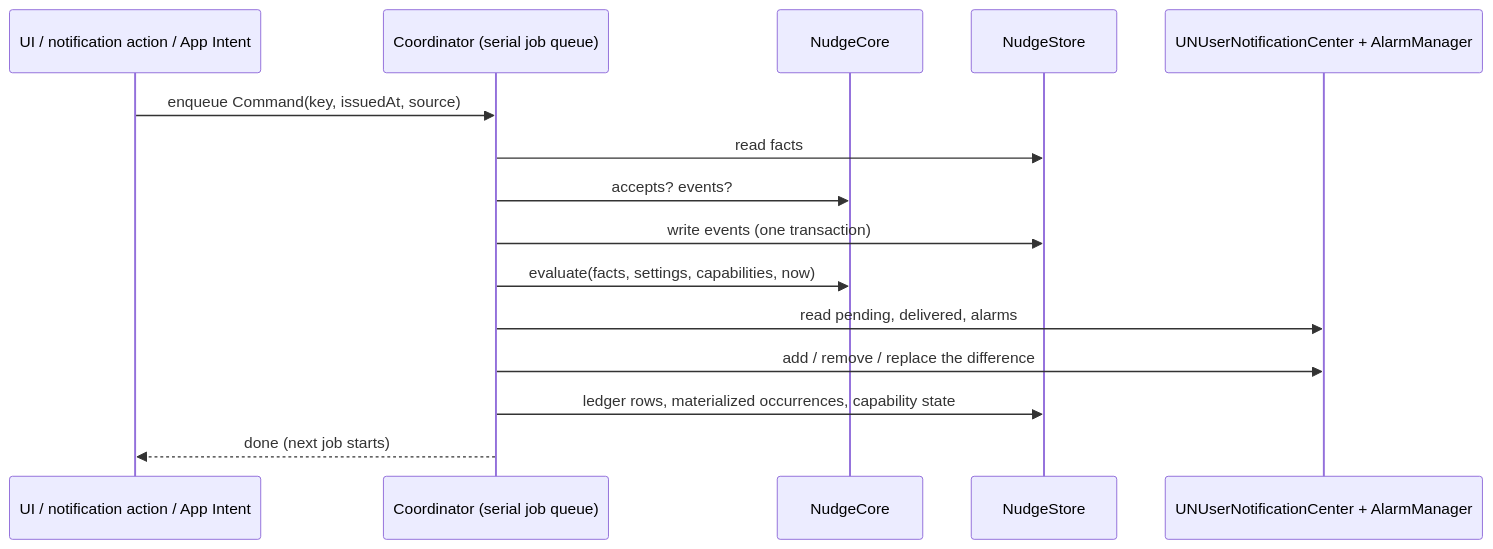
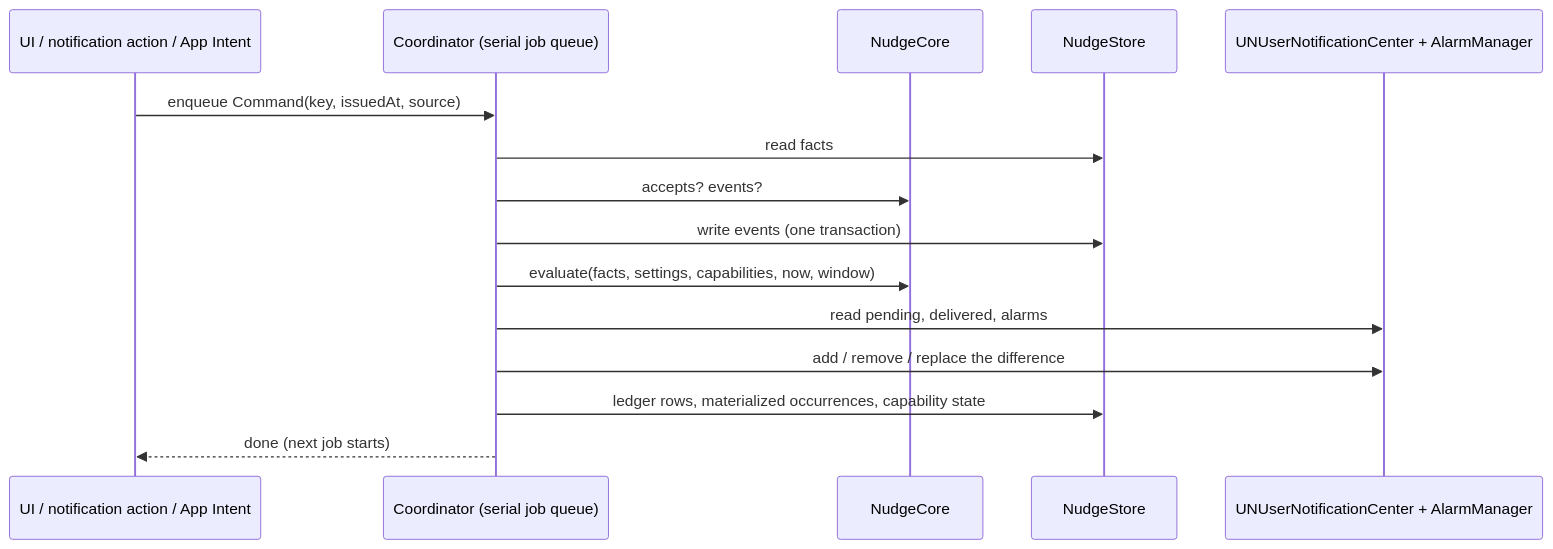
The third of 4 diagrams in docs/architecture/ARCHITECTURE-SPINE.md (New-Reality-Interactive/nudge-inator), drawn with Mermaid before and after one commit. The commit also changed other lines of this file and 1 other file, not shown here.

First line of the commit message:
Give evaluate a window so past statuses have one source (AD-1, AD-14)

````diff
--- a/docs/architecture/ARCHITECTURE-SPINE.md
+++ b/docs/architecture/ARCHITECTURE-SPINE.md
@@ -355,17 +355,17 @@
 ```mermaid
 sequenceDiagram
   participant Src as UI / notification action / App Intent
   participant Q as Coordinator (serial job queue)
   participant Core as NudgeCore
   participant DB as NudgeStore
   participant OS as UNUserNotificationCenter + AlarmManager
   Src->>Q: enqueue Command(key, issuedAt, source)
   Q->>DB: read facts
   Q->>Core: accepts? events?
   Q->>DB: write events (one transaction)
-  Q->>Core: evaluate(facts, settings, capabilities, now)
+  Q->>Core: evaluate(facts, settings, capabilities, now, window)
   Q->>OS: read pending, delivered, alarms
   Q->>OS: add / remove / replace the difference
   Q->>DB: ledger rows, materialized occurrences, capability state
   Q-->>Src: done (next job starts)
 ```
````
